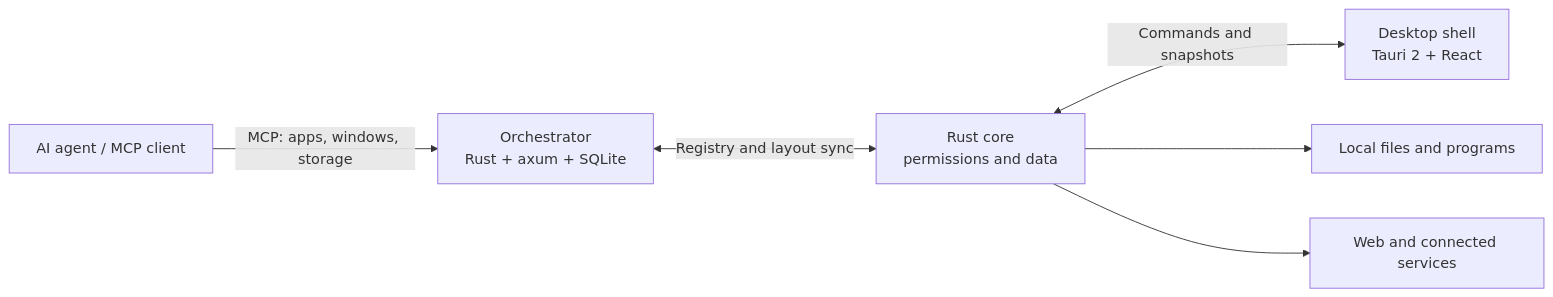
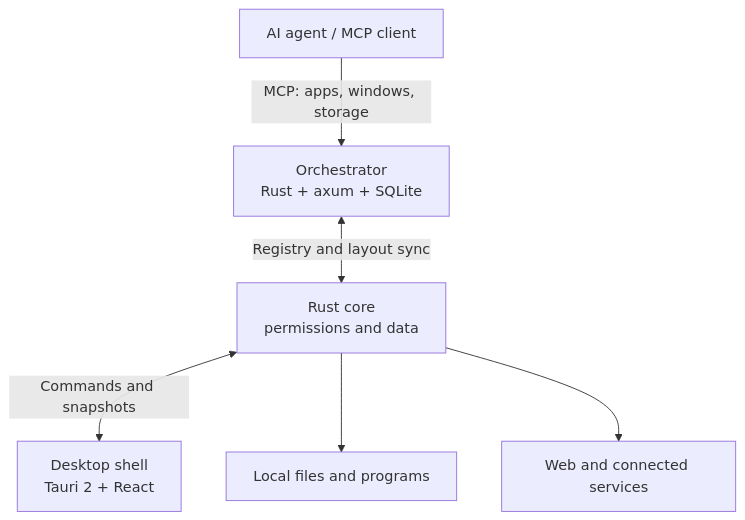
One commit to eiaserinnys/kaleidoscope changed the diagram in README.md. Above: the diagram before and after it, drawn with Mermaid.

Commit message:
README 구성도를 위에서 아래로 배치한다

````diff
--- a/README.md
+++ b/README.md
@@ -27,8 +27,8 @@
 ```mermaid
-flowchart LR
+flowchart TB
     Agent[AI agent / MCP client] -->|MCP: apps, windows, storage| Server[Orchestrator<br/>Rust + axum + SQLite]
     Server <-->|Registry and layout sync| Core[Rust core<br/>permissions and data]
     Core <-->|Commands and snapshots| UI[Desktop shell<br/>Tauri 2 + React]
     Core --> Files[Local files and programs]
     Core --> Services[Web and connected services]
 ```
````
